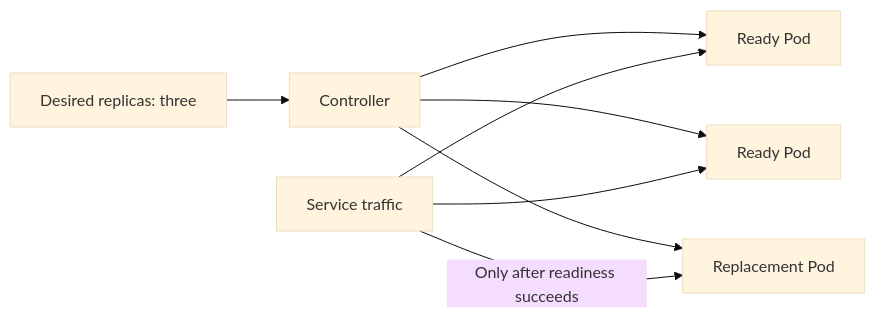
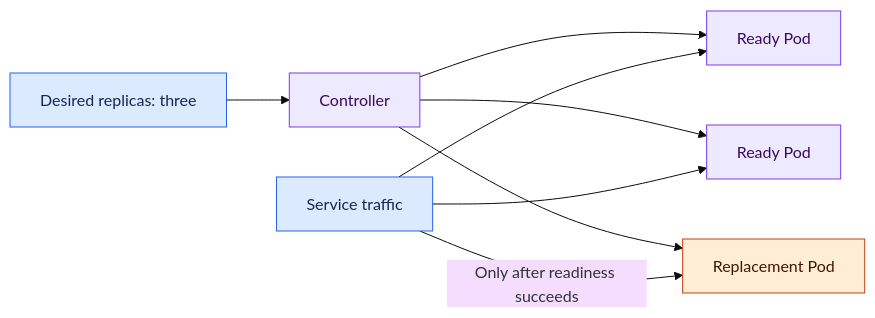
Before and after one commit to Shaktiprasadram22/system-design-26-week-roadmap: the second of 4 diagrams in chapters/04-cloud-and-infrastructure.md, drawn with Mermaid (base theme). The commit also changed other lines of this file and 21 other files, not shown here.

````diff
--- a/chapters/04-cloud-and-infrastructure.md
+++ b/chapters/04-cloud-and-infrastructure.md
@@ -81,10 +97,18 @@
 ```mermaid
 flowchart LR
     A[Desired replicas: three] --> B[Controller]
     B --> C[Ready Pod]
     B --> D[Ready Pod]
     B --> E[Replacement Pod]
     F[Service traffic] --> C
     F --> D
     F -->|Only after readiness succeeds| E
+
+    classDef input fill:#dbeafe,stroke:#2563eb,color:#172554;
+    classDef service fill:#ede9fe,stroke:#7c3aed,color:#3b0764;
+    classDef data fill:#ccfbf1,stroke:#0f766e,color:#134e4a;
+    classDef edge fill:#ffedd5,stroke:#c2410c,color:#431407;
+    class A,F input;
+    class B,C,D service;
+    class E edge;
 ```
````
